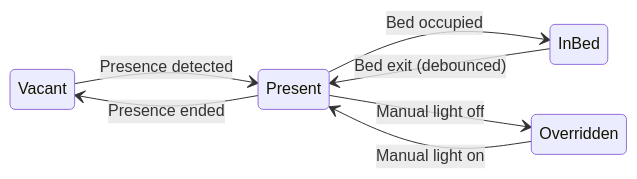
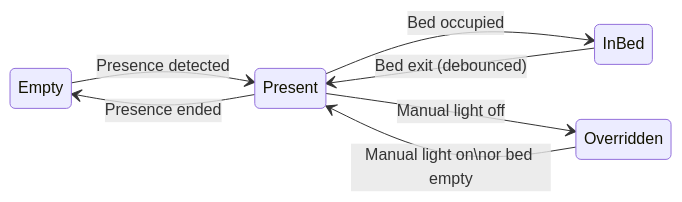
The first of 2 diagrams in README.md (MarcedForLife/roommate), drawn with Mermaid before and after one commit. The commit also changed other lines of this file and 3 other files, not shown here.

Commit message:
Update README for config flow, entity changes, and bed exit fix

````diff
--- a/README.md
+++ b/README.md
@@ -31,13 +31,13 @@
 ```mermaid
 stateDiagram-v2
     direction LR
 
-    Vacant --> Present: Presence detected
-    Present --> Vacant: Presence ended
+    Empty --> Present: Presence detected
+    Present --> Empty: Presence ended
 
     Present --> InBed: Bed occupied
     InBed --> Present: Bed exit (debounced)
 
     Present --> Overridden: Manual light off
-    Overridden --> Present: Manual light on
+    Overridden --> Present: Manual light on\nor bed empty
 ```
````
